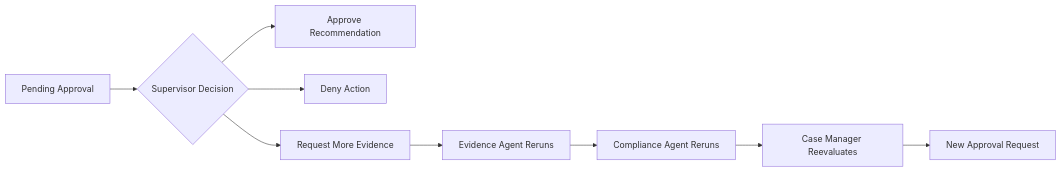
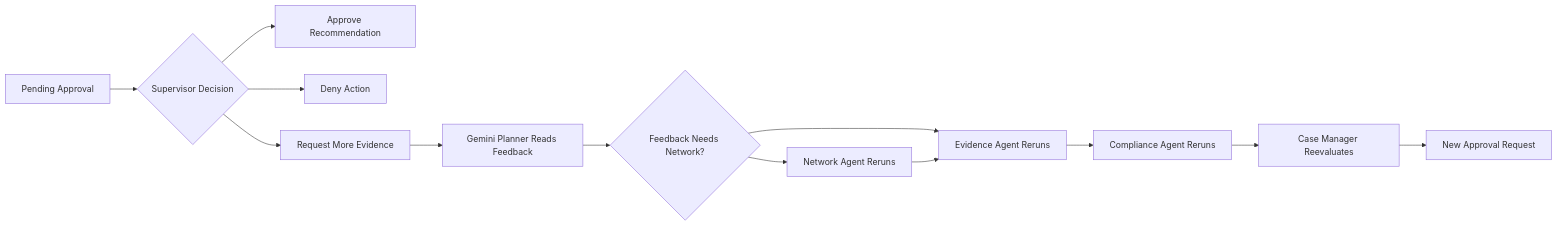
Before and after one commit to Kanghyeon5468/Tracelayer: the fourth of 4 diagrams in README.md, drawn with Mermaid. The commit also changed other lines of this file and 13 other files, not shown here.

````diff
--- a/README.md
+++ b/README.md
@@ -264,11 +272,15 @@
 ```mermaid
 flowchart LR
     Pending[Pending Approval] --> Decision{Supervisor Decision}
     Decision --> Approve[Approve Recommendation]
     Decision --> Deny[Deny Action]
     Decision --> More[Request More Evidence]
-    More --> Evidence[Evidence Agent Reruns]
+    More --> Planner[Gemini Planner Reads Feedback]
+    Planner --> Select{Feedback Needs Network?}
+    Select --> Network[Network Agent Reruns]
+    Select --> Evidence[Evidence Agent Reruns]
+    Network --> Evidence
     Evidence --> Compliance[Compliance Agent Reruns]
     Compliance --> Manager[Case Manager Reevaluates]
     Manager --> NewApproval[New Approval Request]
 ```
````
